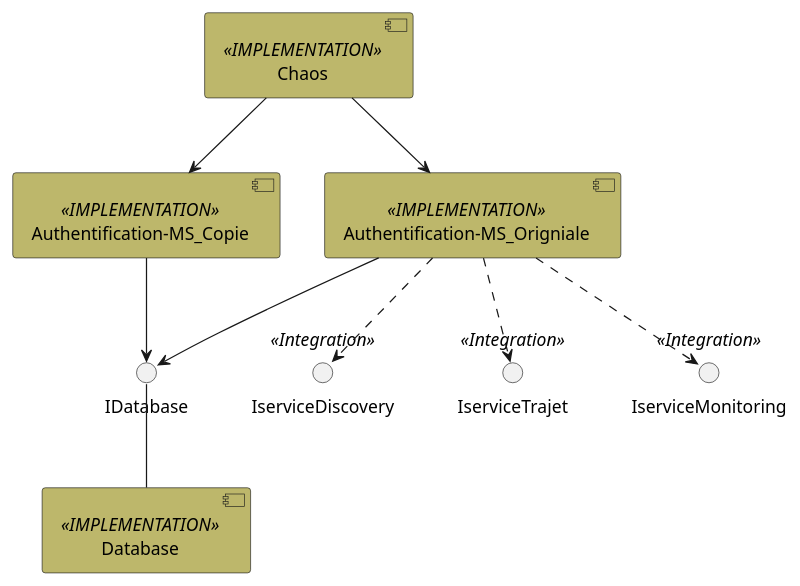
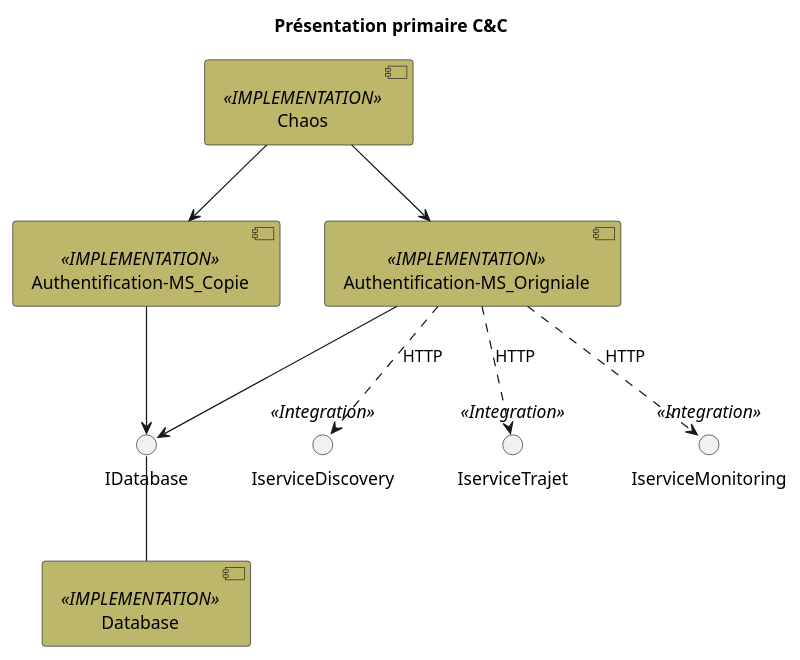
Before and after one commit to LOG430-MicroServices/LOG430-STM: the diagram in doc/plantuml/Vues_Achitecturales_c&C/Presentation_primaire.plantuml, drawn with PlantUML. The commit also changed 8 other files, not shown here.

First line of the commit message:
mise à jour des diagrammes

```diff
--- a/doc/plantuml/Vues_Achitecturales_c&C/Presentation_primaire.plantuml
+++ b/doc/plantuml/Vues_Achitecturales_c&C/Presentation_primaire.plantuml
@@ -2,29 +2,30 @@
 @startuml
+title Présentation primaire C&C
 skinparam component {
   backgroundColor<<IMPLEMENTATION>> DarkKhaki
   backgroundColor<<Integration>> yellow
 }
 component Authentification-MS_Copie  as ms2 <<IMPLEMENTATION>> {
   }
 component Authentification-MS_Origniale as ms1 <<IMPLEMENTATION>>{
   }
   () IserviceDiscovery as equipe4 <<Integration>> 
   () IserviceTrajet as equipe6 <<Integration>> 
  
   () IserviceMonitoring  as equipe8 <<Integration>>
 
   () IDatabase
 
 [Database] as bd <<IMPLEMENTATION>>
 [Chaos] as k <<IMPLEMENTATION>>
 
 k --> ms1
 k --> ms2
- ms1 ..> equipe4
- ms1 ..> equipe6
- ms1 ..> equipe8
+ ms1 ..> equipe4: HTTP
+ ms1 ..> equipe6 : HTTP
+ ms1 ..> equipe8 : HTTP
 ms1 --> IDatabase
 ms2 --> IDatabase
 IDatabase -- bd
 
 @enduml
```
